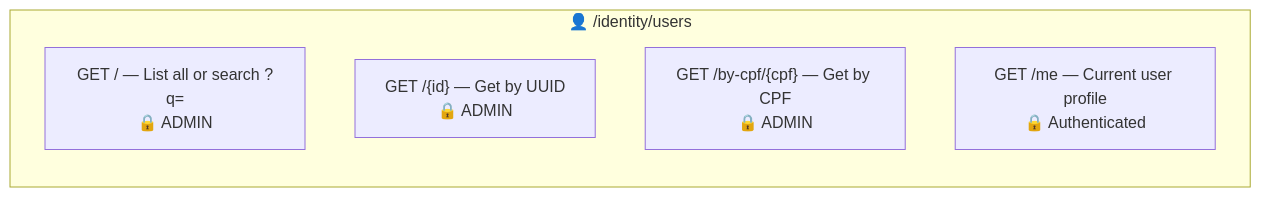
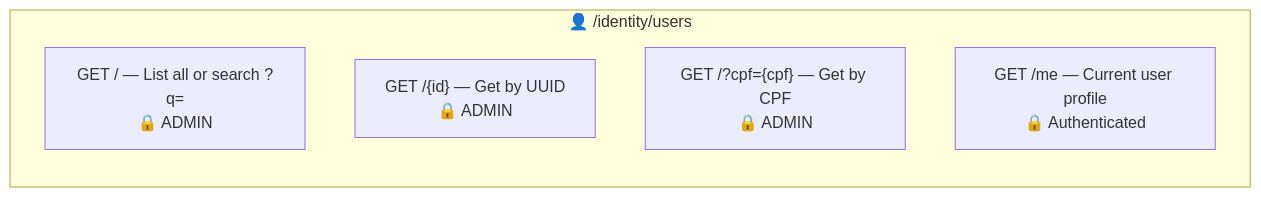
One commit to Plataforma-Universidade-Gratuita/pug-service changed the third of 7 diagrams in src/main/java/br/org/catolicasc/pug/identity/README.md. Above: the diagram before and after it, drawn with Mermaid. The commit also changed other lines of this file and 89 other files, not shown here.

````diff
--- a/src/main/java/br/org/catolicasc/pug/identity/README.md
+++ b/src/main/java/br/org/catolicasc/pug/identity/README.md
@@ -109,10 +109,10 @@
 ```mermaid
 graph LR
     subgraph Users["👤 /identity/users"]
         direction TB
         GET_LIST["GET / — List all or search ?q=<br/>🔒 ADMIN"]
         GET_ID["GET /{id} — Get by UUID<br/>🔒 ADMIN"]
-        GET_CPF["GET /by-cpf/{cpf} — Get by CPF<br/>🔒 ADMIN"]
+        GET_CPF["GET /?cpf={cpf} — Get by CPF<br/>🔒 ADMIN"]
         GET_ME["GET /me — Current user profile<br/>🔒 Authenticated"]
     end
 ```
````
